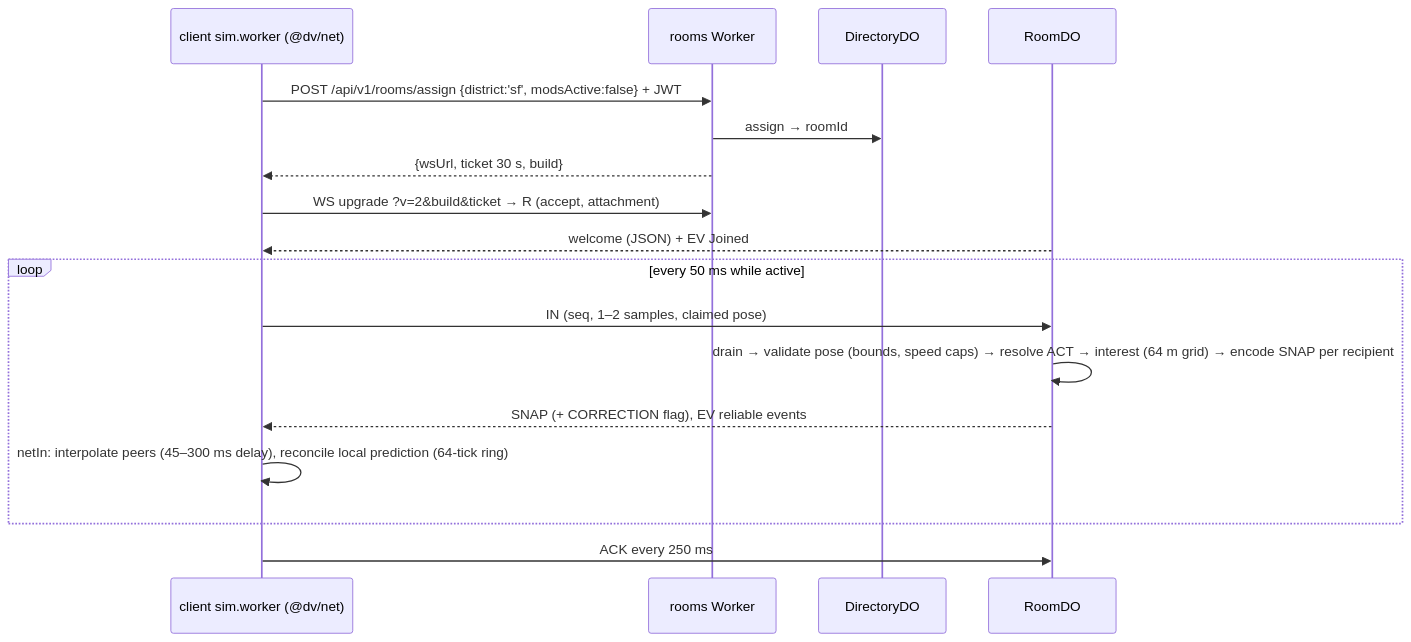
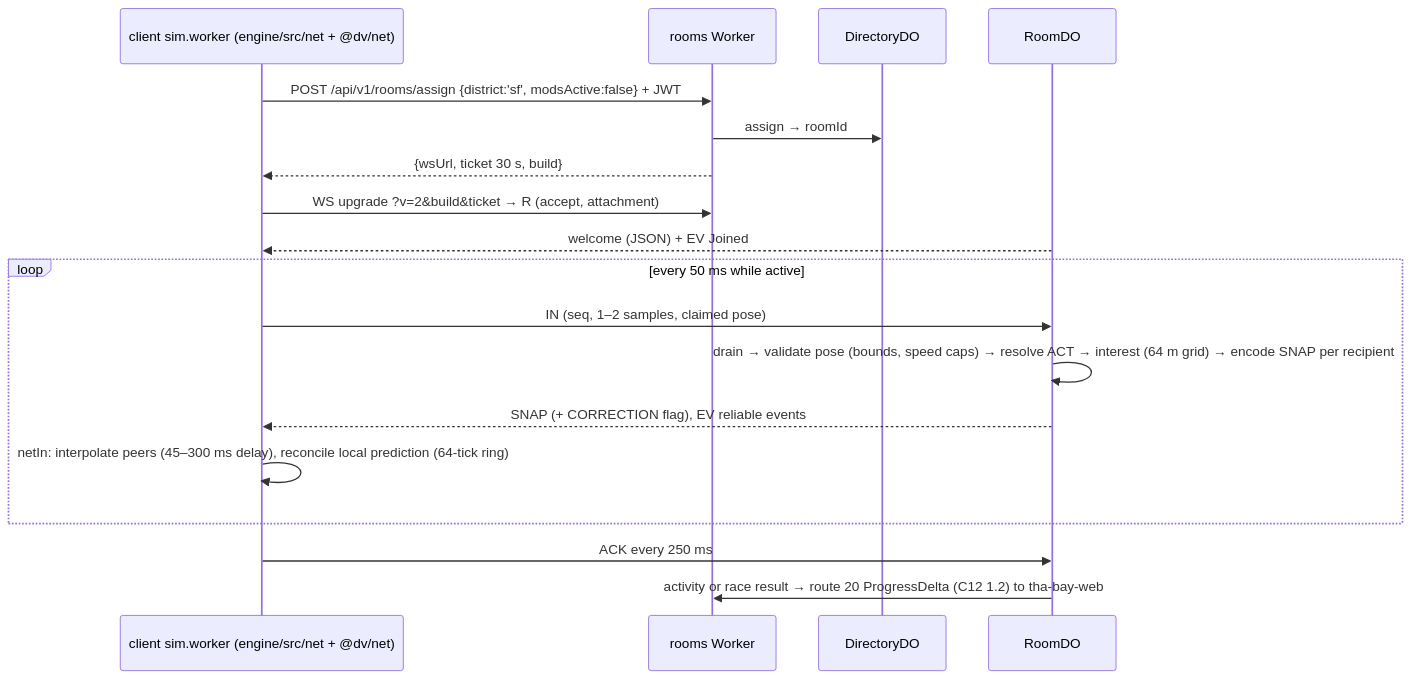
Before and after one commit to gratitude5dee/GTA-Tha-Bay: the sixth of 8 diagrams in spec/02-architecture.md, drawn with Mermaid. The commit also changed other lines of this file and 24 other files, not shown here.

````diff
--- a/spec/02-architecture.md
+++ b/spec/02-architecture.md
@@ -278,19 +311,20 @@
 ```mermaid
 sequenceDiagram
-  participant S as client sim.worker (@dv/net)
+  participant S as client sim.worker (engine/src/net + @dv/net)
   participant RW as rooms Worker
   participant D as DirectoryDO
   participant R as RoomDO
   S->>RW: POST /api/v1/rooms/assign {district:'sf', modsActive:false} + JWT
   RW->>D: assign → roomId
   RW-->>S: {wsUrl, ticket 30 s, build}
   S->>RW: WS upgrade ?v=2&build&ticket → R (accept, attachment)
   R-->>S: welcome (JSON) + EV Joined
   loop every 50 ms while active
     S->>R: IN (seq, 1–2 samples, claimed pose)
     R->>R: drain → validate pose (bounds, speed caps) → resolve ACT → interest (64 m grid) → encode SNAP per recipient
     R-->>S: SNAP (+ CORRECTION flag), EV reliable events
     S->>S: netIn: interpolate peers (45–300 ms delay), reconcile local prediction (64-tick ring)
   end
   S->>R: ACK every 250 ms
+  R->>RW: activity or race result → route 20 ProgressDelta (C12 1.2) to tha-bay-web
 ```
````
